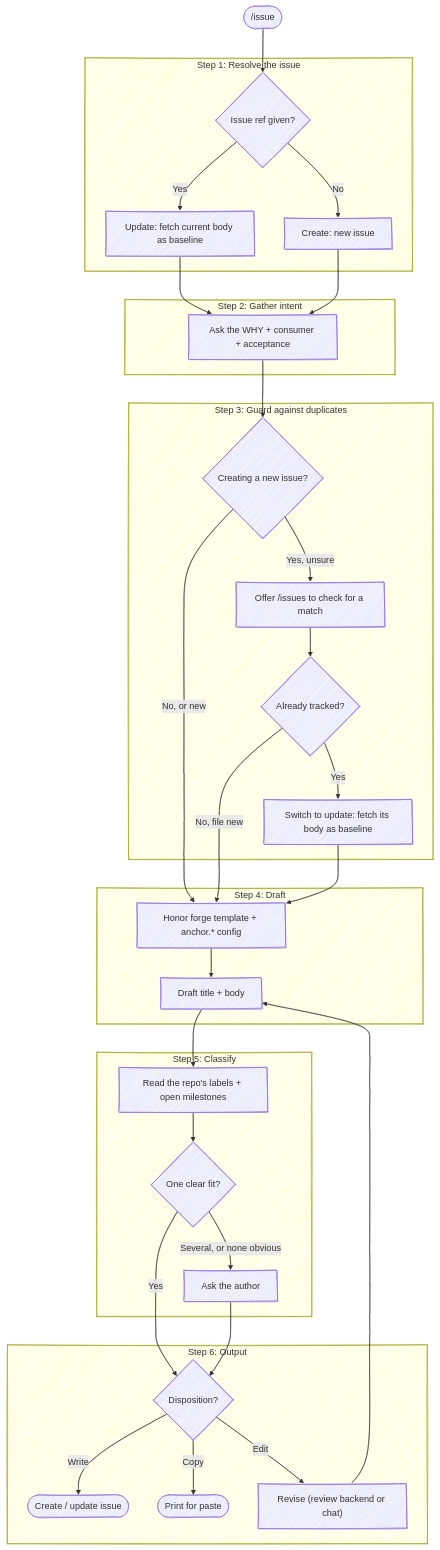
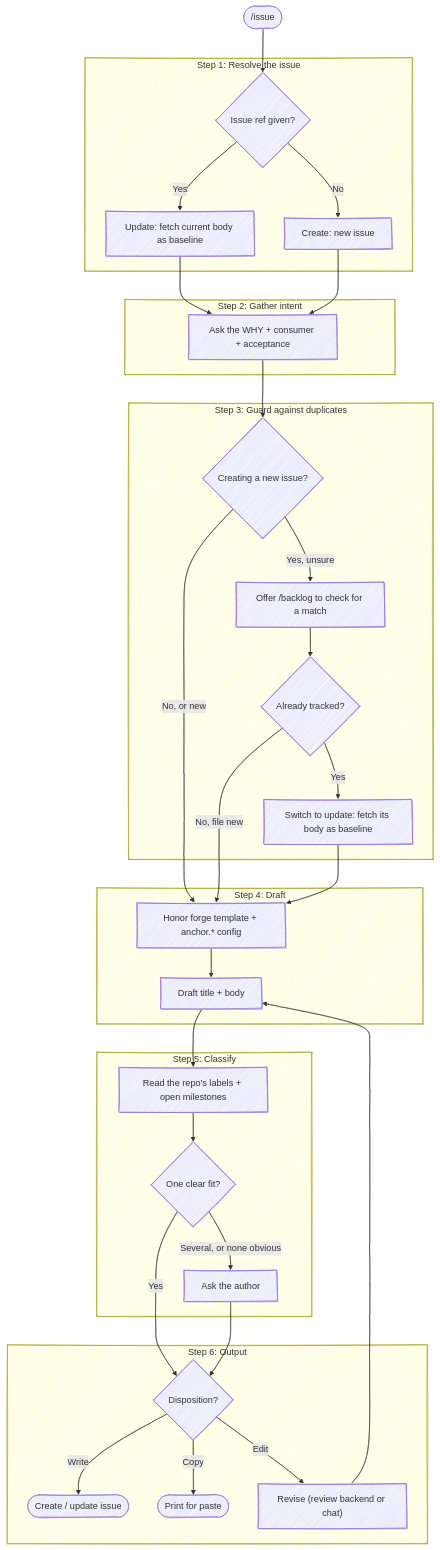
Before and after one commit to chris-peterson/anchor: the diagram in skills/issue/SKILL.md, drawn with Mermaid. The commit also changed other lines of this file and 8 other files, not shown here.

First line of the commit message:
Rename the issues skill to backlog

````diff
--- a/skills/issue/SKILL.md
+++ b/skills/issue/SKILL.md
@@ -14,45 +14,45 @@
 ```mermaid
 %%{ init: { 'look': 'handDrawn' } }%%
 flowchart TD
     Start(["/issue"]) --> Mode{Issue ref given?}
 
     subgraph "Step 1: Resolve the issue"
         Mode -->|Yes| Update["Update: fetch current body as baseline"]
         Mode -->|No| Create["Create: new issue"]
     end
 
     subgraph "Step 2: Gather intent"
         Update --> Why["Ask the WHY + consumer + acceptance"]
         Create --> Why
     end
 
     subgraph "Step 3: Guard against duplicates"
         Why --> FromCreate{Creating a new issue?}
-        FromCreate -->|Yes, unsure| Check["Offer /issues to check for a match"]
+        FromCreate -->|Yes, unsure| Check["Offer /backlog to check for a match"]
         Check --> Match{Already tracked?}
         Match -->|Yes| Reuse["Switch to update: fetch its body as baseline"]
     end
 
     subgraph "Step 4: Draft"
         Tmpl["Honor forge template + anchor.* config"]
         Tmpl --> Draft["Draft title + body"]
     end
 
     FromCreate -->|No, or new| Tmpl
     Match -->|No, file new| Tmpl
     Reuse --> Tmpl
 
     subgraph "Step 5: Classify"
         Draft --> Meta["Read the repo's labels + open milestones"]
         Meta --> Fit{One clear fit?}
         Fit -->|Several, or none obvious| Choose["Ask the author"]
     end
 
     subgraph "Step 6: Output"
         Fit -->|Yes| Out{Disposition?}
         Choose --> Out
         Out -->|Write| Forge(["Create / update issue"])
         Out -->|Copy| CopyOnly(["Print for paste"])
         Out -->|Edit| Revise["Revise (review backend or chat)"] --> Draft
     end
 ```
````
